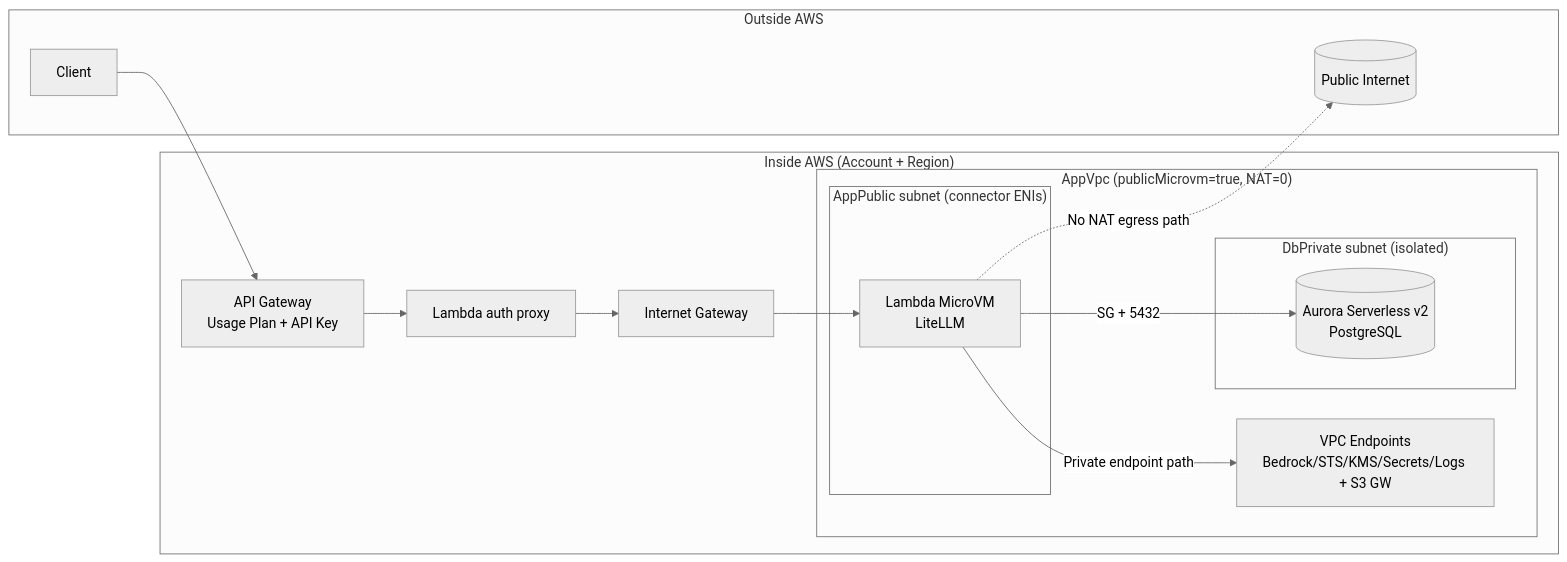
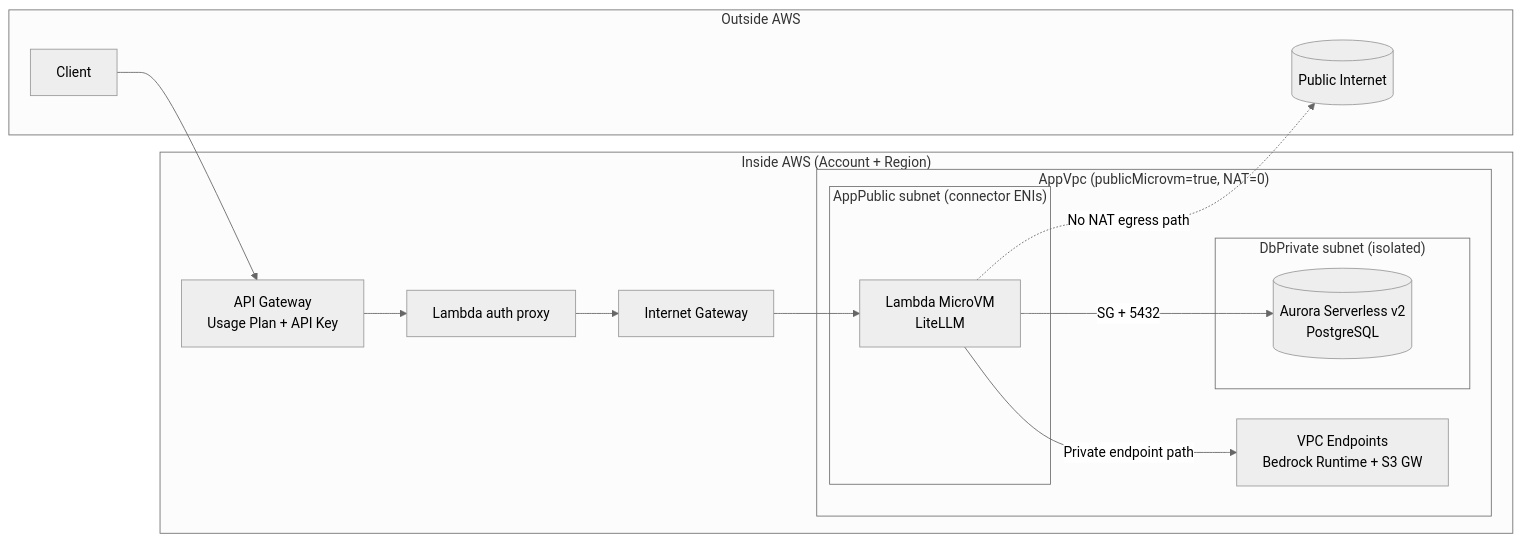
One commit to wongcyrus/litellm-aws-lambda-microvm-serverless changed the first of 5 diagrams in docs/cdk-design.md. Above: the diagram before and after it, drawn with Mermaid (neutral theme). The commit also changed other lines of this file and 3 other files, not shown here.

First line of the commit message:
Reduce VPC endpoints to Bedrock Runtime and document costs

````diff
--- a/docs/cdk-design.md
+++ b/docs/cdk-design.md
@@ -40,29 +40,29 @@
 ```mermaid
 flowchart LR
   subgraph OUT1["Outside AWS"]
     C[Client]
     Internet[(Public Internet)]
   end
 
   subgraph AWS1["Inside AWS (Account + Region)"]
     APIGW[API Gateway<br/>Usage Plan + API Key]
     Proxy[Lambda auth proxy]
     IGW[Internet Gateway]
 
     subgraph VPC1["AppVpc (publicMicrovm=true, NAT=0)"]
       subgraph APPPUB["AppPublic subnet (connector ENIs)"]
         MicroVM[Lambda MicroVM<br/>LiteLLM]
       end
       subgraph DBPRIV1["DbPrivate subnet (isolated)"]
         Aurora[(Aurora Serverless v2<br/>PostgreSQL)]
       end
-      VPCE[VPC Endpoints<br/>Bedrock/STS/KMS/Secrets/Logs + S3 GW]
+      VPCE[VPC Endpoints<br/>Bedrock Runtime + S3 GW]
     end
   end
 
   C --> APIGW --> Proxy --> IGW
   IGW --> MicroVM
   MicroVM -->|SG + 5432| Aurora
   MicroVM -->|Private endpoint path| VPCE
   MicroVM -.->|No NAT egress path| Internet
 ```
````
